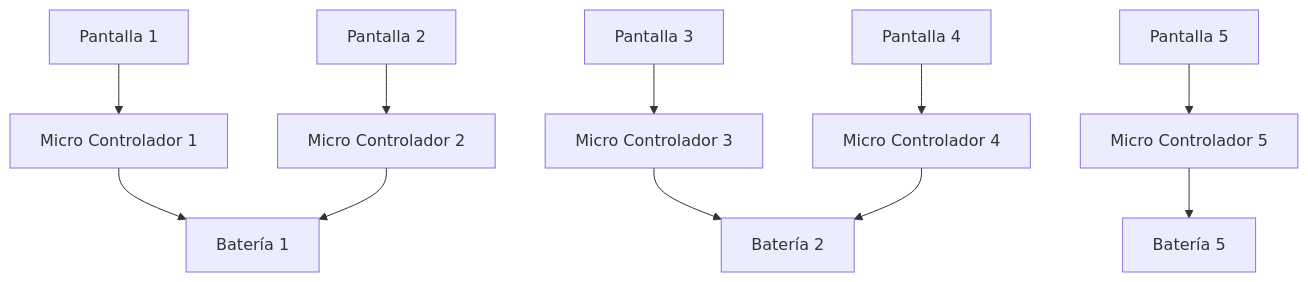
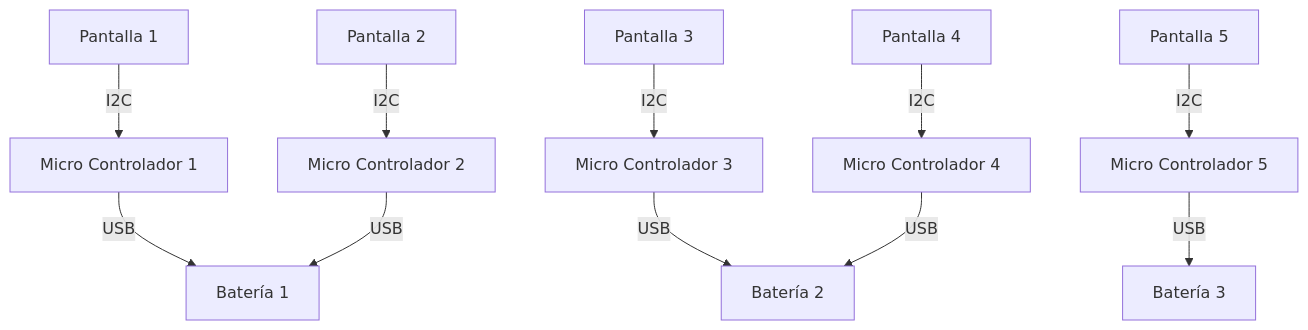
Before and after one commit to hugoescalpelo/Exp4nd1ng-P3rs0n4l: the diagram in Diagrama/DiagramaConexion.md, drawn with Mermaid.

Commit message:
Vias agregadas a mermaid

````diff
--- a/Diagrama/DiagramaConexion.md
+++ b/Diagrama/DiagramaConexion.md
@@ -5,17 +5,17 @@
 ```mermaid
 graph TD;
-    P1[Pantalla 1] --> MC1[Micro Controlador 1]
-    MC1 --> B1[Batería 1];
+    P1[Pantalla 1] --> |I2C| MC1[Micro Controlador 1]
+    MC1 --> |USB| B1[Batería 1];
     
-    P2[Pantalla 2] --> MC2[Micro Controlador 2]
-    MC2 --> B1[Batería 1];
+    P2[Pantalla 2] --> |I2C| MC2[Micro Controlador 2]
+    MC2 --> |USB| B1[Batería 1];
 
-    P3[Pantalla 3] --> MC3[Micro Controlador 3]
-    MC3 --> B2[Batería 2];
+    P3[Pantalla 3] --> |I2C| MC3[Micro Controlador 3]
+    MC3 --> |USB| B2[Batería 2];
 
-    P4[Pantalla 4] --> MC4[Micro Controlador 4]
-    MC4 --> B2[Batería 2];
+    P4[Pantalla 4] --> |I2C| MC4[Micro Controlador 4]
+    MC4 --> |USB| B2[Batería 2];
 
-    P5[Pantalla 5] --> MC5[Micro Controlador 5]
-    MC5 --> B5[Batería 5];
+    P5[Pantalla 5] --> |I2C| MC5[Micro Controlador 5]
+    MC5 --> |USB| B3[Batería 3];
 ```
````
